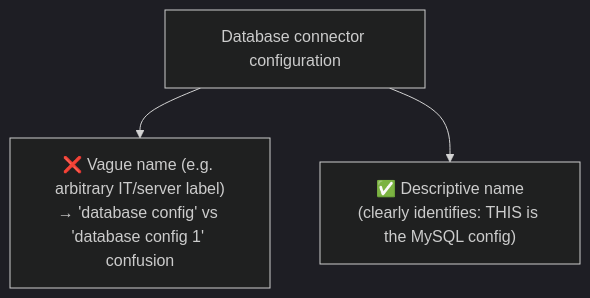
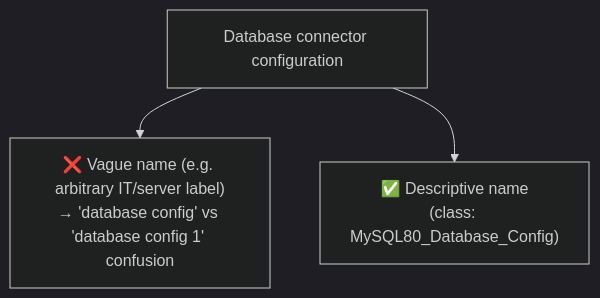
Before and after one commit to developerashok99/green-c-mule-notes: the eighth of 13 diagrams in detailed-notes/day27.md, drawn with Mermaid (dark theme). The commit also changed other lines of this file and 1 other file, not shown here.

````diff
--- a/detailed-notes/day27.md
+++ b/detailed-notes/day27.md
@@ -101,5 +108,5 @@
 ```mermaid
 flowchart TB
     Config["Database connector configuration"] --> Bad["❌ Vague name (e.g. arbitrary IT/server label)<br/>→ 'database config' vs 'database config 1' confusion"]
-    Config --> Good["✅ Descriptive name<br/>(clearly identifies: THIS is the MySQL config)"]
+    Config --> Good["✅ Descriptive name<br/>(class: MySQL80_Database_Config)"]
 ```
````
